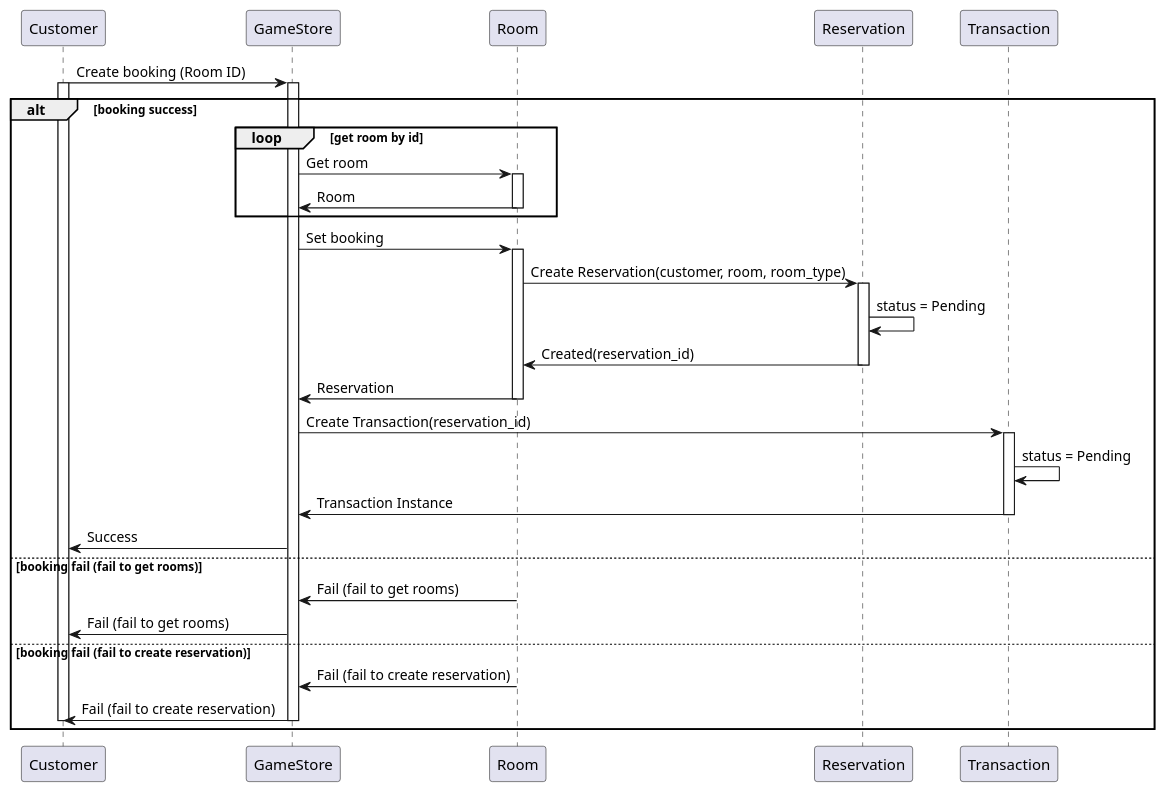
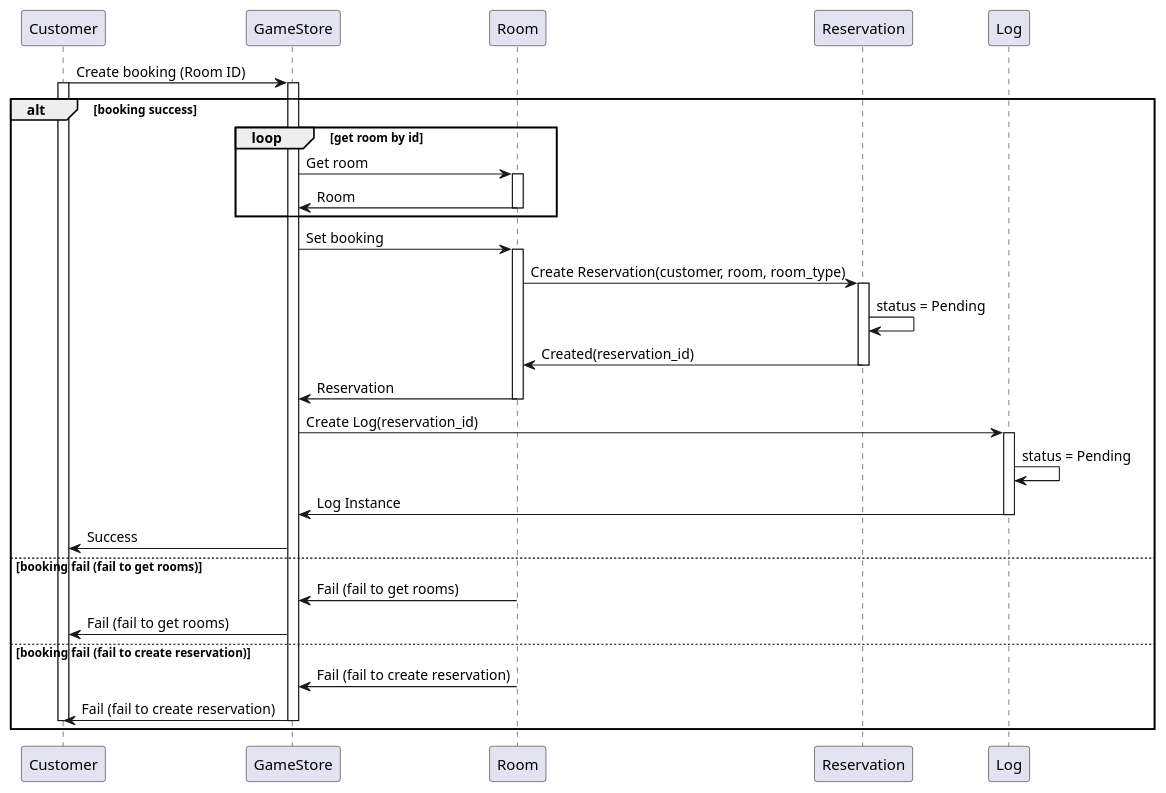
Before and after one commit to WaroonRagwongsiri/OOP_Project: the diagram in SequenceDiagram/sequence_diagram copy.puml, drawn with PlantUML. The commit also changed 8 other files, not shown here.

```diff
--- a/SequenceDiagram/sequence_diagram copy.puml
+++ b/SequenceDiagram/sequence_diagram copy.puml
@@ -1,54 +1,54 @@
 @startuml UsecaseSequenceDiagram
 
 Customer -> GameStore : Create booking (Room ID)
 activate Customer
 activate GameStore
 
 alt booking success
 
 	loop get room by id
 
 		GameStore -> Room : Get room
 		activate Room
 
 		Room -> GameStore : Room
 		deactivate Room
 
 	end
 
 	GameStore -> Room : Set booking
 	activate Room
 
 	Room -> Reservation : Create Reservation(customer, room, room_type)
 	activate Reservation
 	Reservation -> Reservation : status = Pending
 	Reservation -> Room : Created(reservation_id)
 	deactivate Reservation
 
 	Room -> GameStore : Reservation
 	deactivate Room
 
-	GameStore -> Transaction : Create Transaction(reservation_id)
-	activate Transaction
-	Transaction -> Transaction : status = Pending
-	Transaction -> GameStore : Transaction Instance
-	deactivate Transaction
+	GameStore -> Log : Create Log(reservation_id)
+	activate Log
+	Log -> Log : status = Pending
+	Log -> GameStore : Log Instance
+	deactivate Log
 
 	GameStore -> Customer : Success
 
 else booking fail (fail to get rooms)
 
 	Room -> GameStore : Fail (fail to get rooms)
 	GameStore -> Customer : Fail (fail to get rooms)
 
 else booking fail (fail to create reservation)
 
 	Room -> GameStore : Fail (fail to create reservation)
 	GameStore -> Customer : Fail (fail to create reservation)
 
 	deactivate GameStore
 	deactivate Customer
 
 end
 
 @enduml
```
